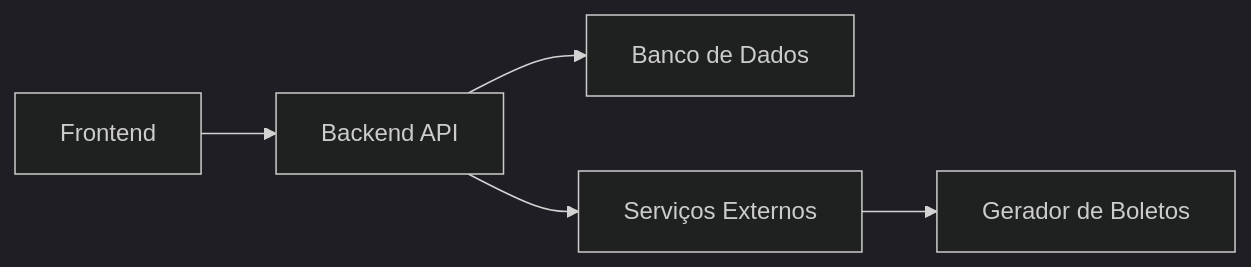
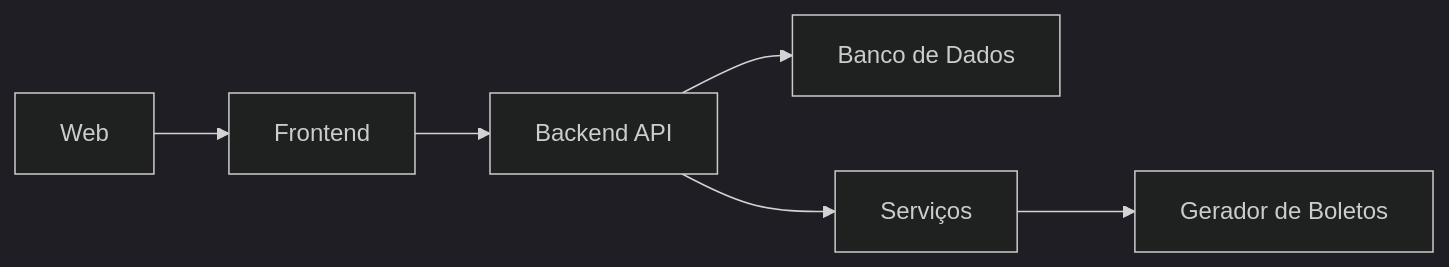
The diagram in docs/Software_architecture.md (ArthurCRocha/Sistema-de-Gestao-Financeira), drawn with Mermaid (dark theme) before and after one commit. The commit also changed other lines of this file, not shown here.

````diff
--- a/docs/Software_architecture.md
+++ b/docs/Software_architecture.md
@@ -17,7 +17,7 @@
 ```mermaid  
 graph LR  
-  A[Frontend] --> B[Backend API]  
-  B --> C[Banco de Dados]  
-  B --> D[Serviços Externos]  
-  D --> E[Gerador de Boletos]  
+  A[Web] --> B[Frontend] --> C[Backend API]  
+  C --> D[Banco de Dados]  
+  C --> E[Serviços]  
+  E --> F[Gerador de Boletos]  
 ```  
````
